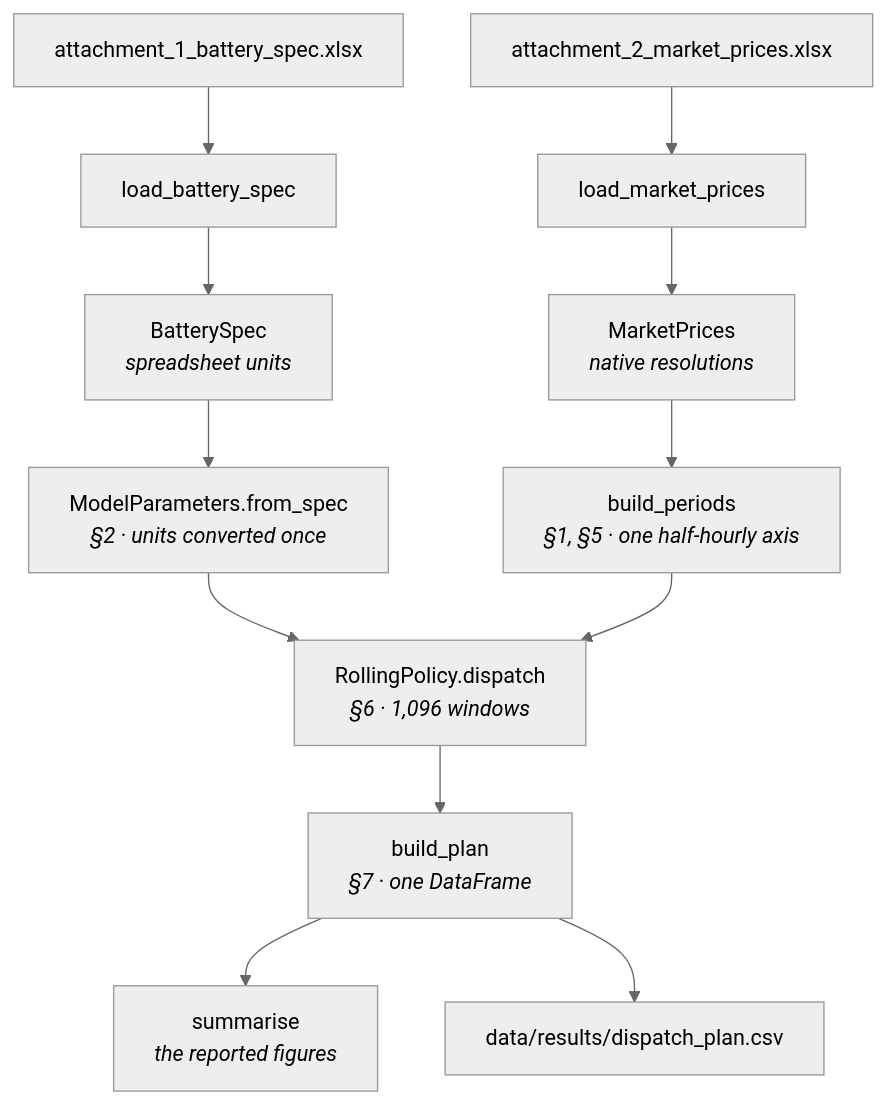
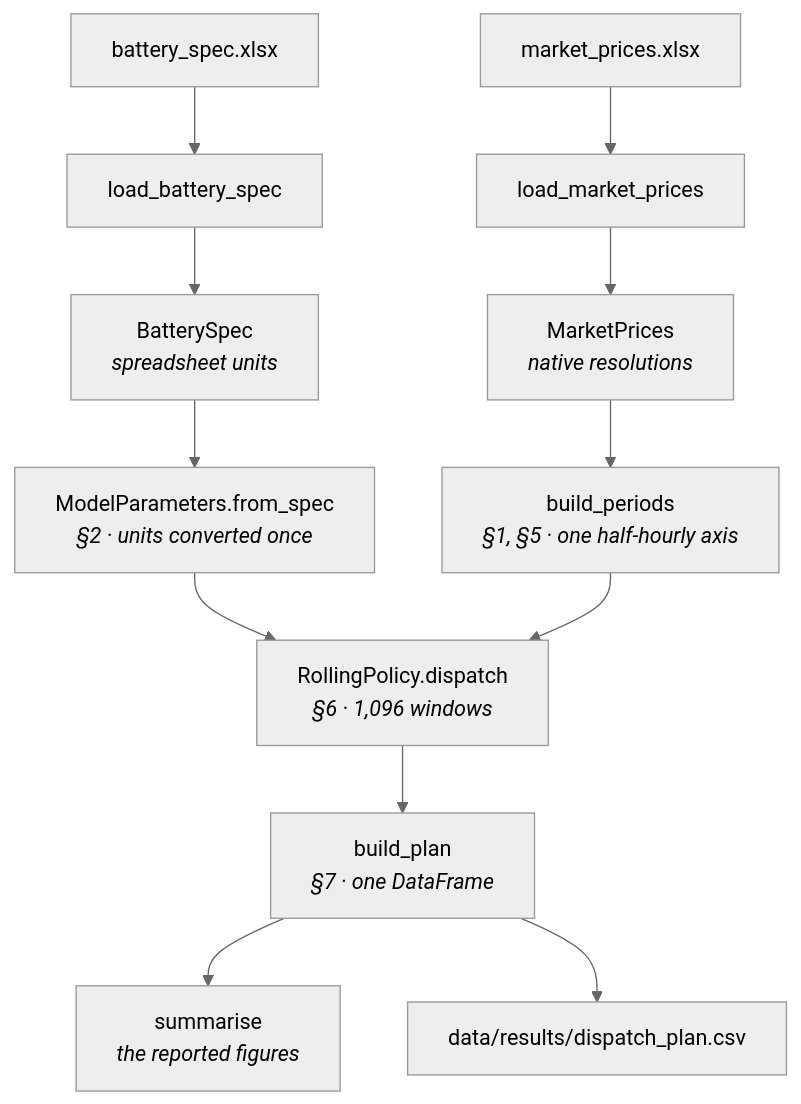
Before and after one commit to GuilhermePFM/BatteryDispatchModel: the first of 3 diagrams in docs/solve.md, drawn with Mermaid (neutral theme). The commit also changed other lines of this file and 86 other files, not shown here.

````diff
--- a/docs/solve.md
+++ b/docs/solve.md
@@ -14,14 +14,14 @@
 ```mermaid
 flowchart TD
-    X1["attachment_1_battery_spec.xlsx"] --> L1["load_battery_spec"]
-    X2["attachment_2_market_prices.xlsx"] --> L2["load_market_prices"]
+    X1["battery_spec.xlsx"] --> L1["load_battery_spec"]
+    X2["market_prices.xlsx"] --> L2["load_market_prices"]
     L1 --> S["BatterySpec<br/><i>spreadsheet units</i>"]
     L2 --> P["MarketPrices<br/><i>native resolutions</i>"]
     S --> PA["ModelParameters.from_spec<br/><i>§2 · units converted once</i>"]
     P --> G["build_periods<br/><i>§1, §5 · one half-hourly axis</i>"]
     PA --> R["RollingPolicy.dispatch<br/><i>§6 · 1,096 windows</i>"]
     G --> R
     R --> SC["build_plan<br/><i>§7 · one DataFrame</i>"]
     SC --> SU["summarise<br/><i>the reported figures</i>"]
     SC --> OUT["data/results/dispatch_plan.csv"]
 ```
````
